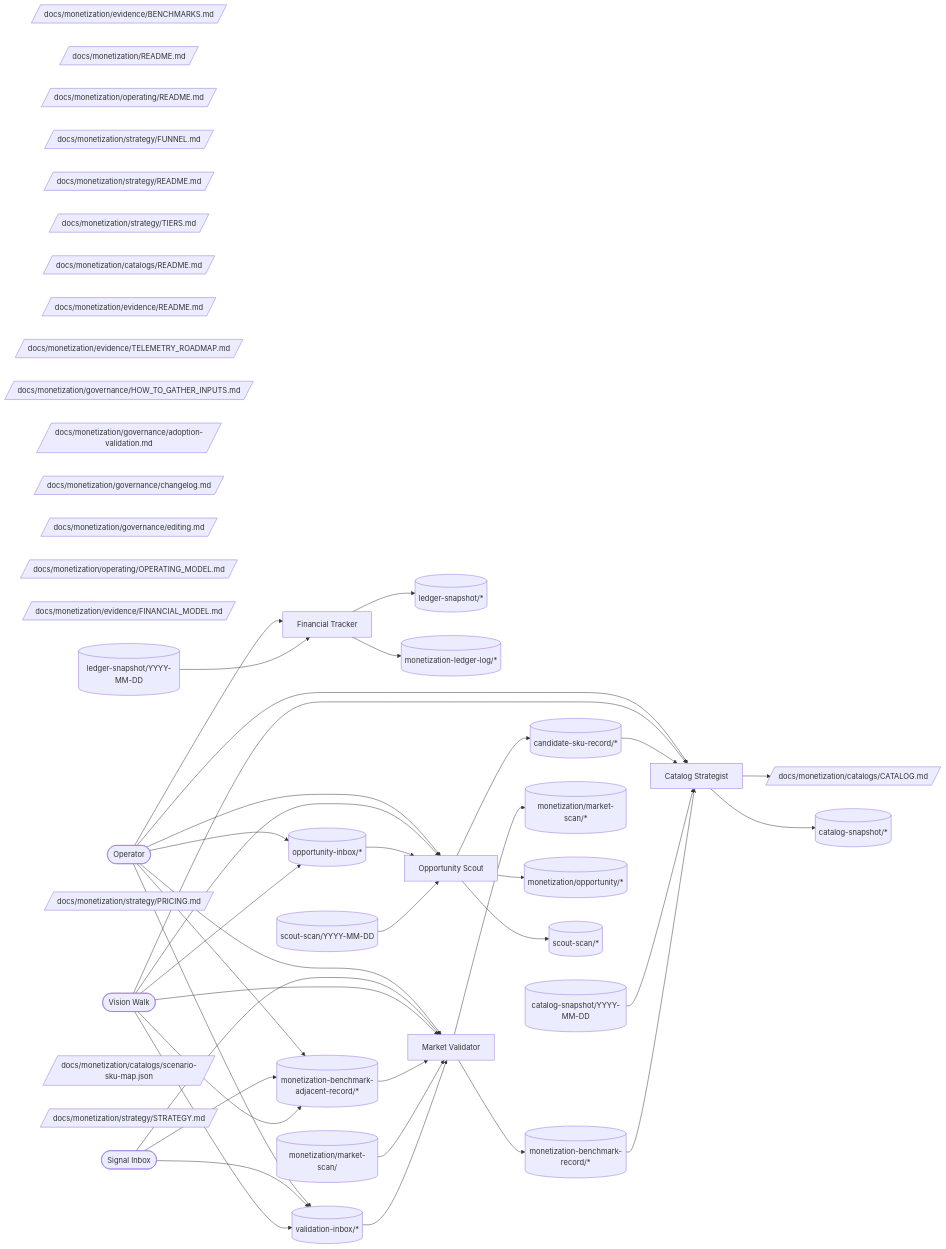
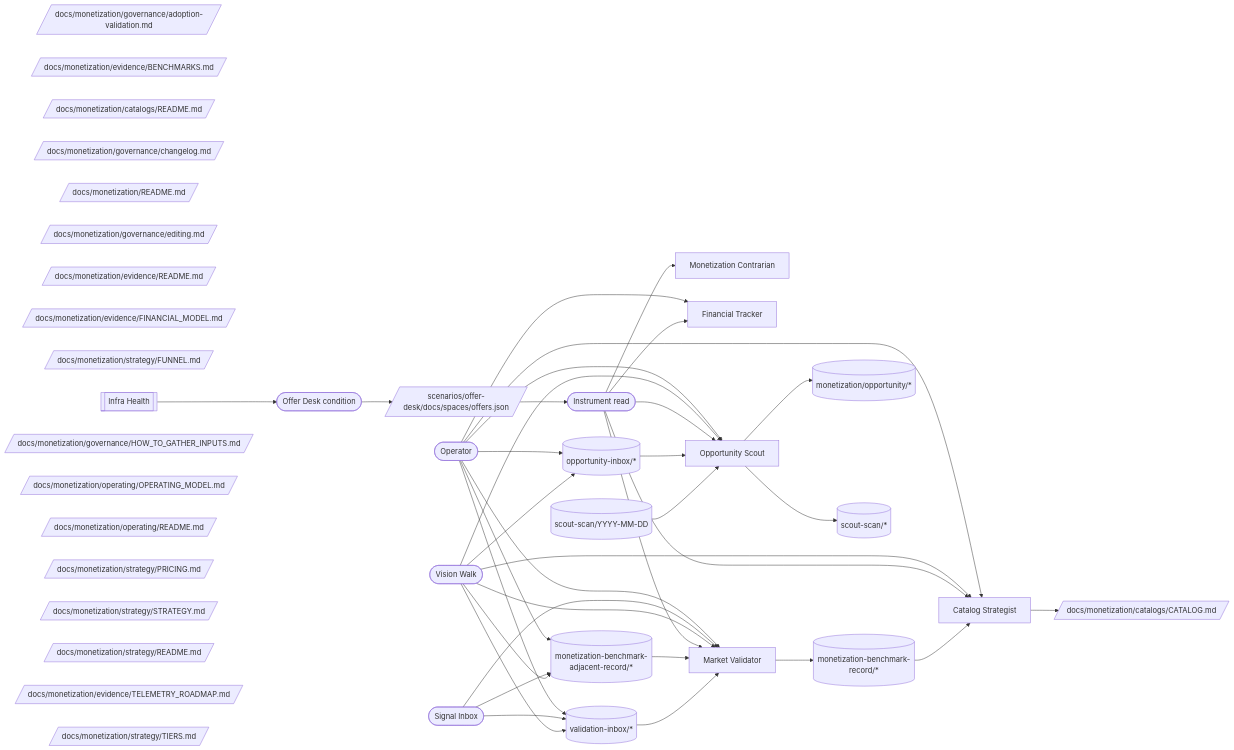
The diagram in docs/monetization/operating/OPERATING_MODEL.md (Vrooli/Vrooli), drawn with Mermaid before and after one commit. The commit also changed other lines of this file and 79 other files, not shown here.

```diff
--- a/docs/monetization/operating/OPERATING_MODEL.md
+++ b/docs/monetization/operating/OPERATING_MODEL.md
@@ -59,58 +65,42 @@
 flowchart LR
   %% @node ADJ topic:monetization-benchmark-adjacent-record/*
   ADJ[(monetization-benchmark-adjacent-record/*)]
+  %% @node ADOPT por:docs/monetization/governance/adoption-validation.md
+  ADOPT[/docs/monetization/governance/adoption-validation.md/]
   %% @node BENCH topic:monetization-benchmark-record/*
   BENCH[(monetization-benchmark-record/*)]
-  %% @node BM por:docs/monetization/evidence/BENCHMARKS.md
-  BM[/docs/monetization/evidence/BENCHMARKS.md/]
-  %% @node CAND topic:candidate-sku-record/*
-  CAND[(candidate-sku-record/*)]
-  %% @node CATALOG por:docs/monetization/catalogs/CATALOG.md
-  CATALOG[/docs/monetization/catalogs/CATALOG.md/]
-  %% @node CATALOGSNAPS topic:catalog-snapshot/YYYY-MM-DD
-  CATALOGSNAPS[(catalog-snapshot/YYYY-MM-DD)]
+  %% @node BMK por:docs/monetization/evidence/BENCHMARKS.md
+  BMK[/docs/monetization/evidence/BENCHMARKS.md/]
+  %% @node BOARD por:scenarios/offer-desk/docs/spaces/offers.json
+  BOARD[/scenarios/offer-desk/docs/spaces/offers.json/]
+  %% @node CAT por:docs/monetization/catalogs/CATALOG.md
+  CAT[/docs/monetization/catalogs/CATALOG.md/]
+  %% @node CATR por:docs/monetization/catalogs/README.md
+  CATR[/docs/monetization/catalogs/README.md/]
+  %% @node CHLOG por:docs/monetization/governance/changelog.md
+  CHLOG[/docs/monetization/governance/changelog.md/]
+  %% @node CON member:monetization-contrarian
+  CON[Monetization Contrarian]
   %% @node CS member:catalog-strategist
   CS[Catalog Strategist]
-  %% @node DOCSMONETIZA por:docs/monetization/README.md
-  DOCSMONETIZA[/docs/monetization/README.md/]
-  %% @node DOCSMONETIZA10 por:docs/monetization/operating/README.md
-  DOCSMONETIZA10[/docs/monetization/operating/README.md/]
-  %% @node DOCSMONETIZA11 por:docs/monetization/strategy/FUNNEL.md
-  DOCSMONETIZA11[/docs/monetization/strategy/FUNNEL.md/]
-  %% @node DOCSMONETIZA12 por:docs/monetization/strategy/README.md
-  DOCSMONETIZA12[/docs/monetization/strategy/README.md/]
-  %% @node DOCSMONETIZA13 por:docs/monetization/strategy/TIERS.md
-  DOCSMONETIZA13[/docs/monetization/strategy/TIERS.md/]
-  %% @node DOCSMONETIZA2 por:docs/monetization/catalogs/README.md
-  DOCSMONETIZA2[/docs/monetization/catalogs/README.md/]
-  %% @node DOCSMONETIZA3 por:docs/monetization/evidence/README.md
-  DOCSMONETIZA3[/docs/monetization/evidence/README.md/]
-  %% @node DOCSMONETIZA4 por:docs/monetization/evidence/TELEMETRY_ROADMAP.md
-  DOCSMONETIZA4[/docs/monetization/evidence/TELEMETRY_ROADMAP.md/]
-  %% @node DOCSMONETIZA5 por:docs/monetization/governance/HOW_TO_GATHER_INPUTS.md
-  DOCSMONETIZA5[/docs/monetization/governance/HOW_TO_GATHER_INPUTS.md/]
-  %% @node DOCSMONETIZA6 por:docs/monetization/governance/adoption-validation.md
-  DOCSMONETIZA6[/docs/monetization/governance/adoption-validation.md/]
-  %% @node DOCSMONETIZA7 por:docs/monetization/governance/changelog.md
-  DOCSMONETIZA7[/docs/monetization/governance/changelog.md/]
-  %% @node DOCSMONETIZA8 por:docs/monetization/governance/editing.md
-  DOCSMONETIZA8[/docs/monetization/governance/editing.md/]
-  %% @node DOCSMONETIZA9 por:docs/monetization/operating/OPERATING_MODEL.md
-  DOCSMONETIZA9[/docs/monetization/operating/OPERATING_MODEL.md/]
-  %% @node FIN por:docs/monetization/evidence/FINANCIAL_MODEL.md
-  FIN[/docs/monetization/evidence/FINANCIAL_MODEL.md/]
+  %% @node DOCS por:docs/monetization/README.md
+  DOCS[/docs/monetization/README.md/]
+  %% @node EDIT por:docs/monetization/governance/editing.md
+  EDIT[/docs/monetization/governance/editing.md/]
+  %% @node EVR por:docs/monetization/evidence/README.md
+  EVR[/docs/monetization/evidence/README.md/]
+  %% @node FINMOD por:docs/monetization/evidence/FINANCIAL_MODEL.md
+  FINMOD[/docs/monetization/evidence/FINANCIAL_MODEL.md/]
   %% @node FT member:financial-tracker
   FT[Financial Tracker]
-  %% @node LEDGER topic:ledger-snapshot/*
-  LEDGER[(ledger-snapshot/*)]
-  %% @node LEDGERLOG topic:monetization-ledger-log/*
-  LEDGERLOG[(monetization-ledger-log/*)]
-  %% @node LEDGERSNAPSH topic:ledger-snapshot/YYYY-MM-DD
-  LEDGERSNAPSH[(ledger-snapshot/YYYY-MM-DD)]
-  %% @node MONETIZATION topic:monetization/market-scan/<slug>
-  MONETIZATION[(monetization/market-scan/<slug>)]
-  %% @node MSCAN topic:monetization/market-scan/*
-  MSCAN[(monetization/market-scan/*)]
+  %% @node FUNNEL por:docs/monetization/strategy/FUNNEL.md
+  FUNNEL[/docs/monetization/strategy/FUNNEL.md/]
+  %% @node INFRA team:infra-health
+  INFRA[[Infra Health]]
+  %% @node INPUTS por:docs/monetization/governance/HOW_TO_GATHER_INPUTS.md
+  INPUTS[/docs/monetization/governance/HOW_TO_GATHER_INPUTS.md/]
+  %% @node MODEL por:docs/monetization/operating/OPERATING_MODEL.md
+  MODEL[/docs/monetization/operating/OPERATING_MODEL.md/]
   %% @node MV member:market-validator
   MV[Market Validator]
   %% @node OIN topic:opportunity-inbox/*
@@ -119,22 +109,30 @@
   OP([Operator])
   %% @node OPP topic:monetization/opportunity/*
   OPP[(monetization/opportunity/*)]
+  %% @node OPR por:docs/monetization/operating/README.md
+  OPR[/docs/monetization/operating/README.md/]
   %% @node OS member:opportunity-scout
   OS[Opportunity Scout]
   %% @node PRICE por:docs/monetization/strategy/PRICING.md
   PRICE[/docs/monetization/strategy/PRICING.md/]
+  %% @node READ process:instrument-read
+  READ([Instrument read])
   %% @node SCOUT topic:scout-scan/*
   SCOUT[(scout-scan/*)]
   %% @node SCOUTSCANYYY topic:scout-scan/YYYY-MM-DD
   SCOUTSCANYYY[(scout-scan/YYYY-MM-DD)]
+  %% @node SENSOR process:offer-desk-condition
+  SENSOR([Offer Desk condition])
   %% @node SI external:signal-inbox
   SI([Signal Inbox])
-  %% @node SKU por:docs/monetization/catalogs/scenario-sku-map.json
-  SKU[/docs/monetization/catalogs/scenario-sku-map.json/]
-  %% @node SNAP topic:catalog-snapshot/*
-  SNAP[(catalog-snapshot/*)]
   %% @node STRAT por:docs/monetization/strategy/STRATEGY.md
   STRAT[/docs/monetization/strategy/STRATEGY.md/]
+  %% @node STRATR por:docs/monetization/strategy/README.md
+  STRATR[/docs/monetization/strategy/README.md/]
+  %% @node TELE por:docs/monetization/evidence/TELEMETRY_ROADMAP.md
+  TELE[/docs/monetization/evidence/TELEMETRY_ROADMAP.md/]
+  %% @node TIERS por:docs/monetization/strategy/TIERS.md
+  TIERS[/docs/monetization/strategy/TIERS.md/]
   %% @node VAIN topic:validation-inbox/*
   VAIN[(validation-inbox/*)]
   %% @node VW external:vision-walk
@@ -156,21 +154,20 @@
   VW --> ADJ
   VW --> OIN
   VW --> VAIN
-  CS --> CATALOG
-  CS --> SNAP
-  FT --> LEDGER
-  FT --> LEDGERLOG
+  CS --> CAT
   MV --> BENCH
-  MV --> MSCAN
-  OS --> CAND
   OS --> OPP
   OS --> SCOUT
-  CAND --> CS
-  CATALOGSNAPS --> CS
-  LEDGERSNAPSH --> FT
+  BOARD --> READ
+  READ --> CS
+  READ --> FT
+  READ --> MV
+  READ --> CON
+  READ --> OS
+  SENSOR --> BOARD
+  INFRA --> SENSOR
   ADJ --> MV
   BENCH --> CS
-  MONETIZATION --> MV
   OIN --> OS
   SCOUTSCANYYY --> OS
   VAIN --> MV
```
